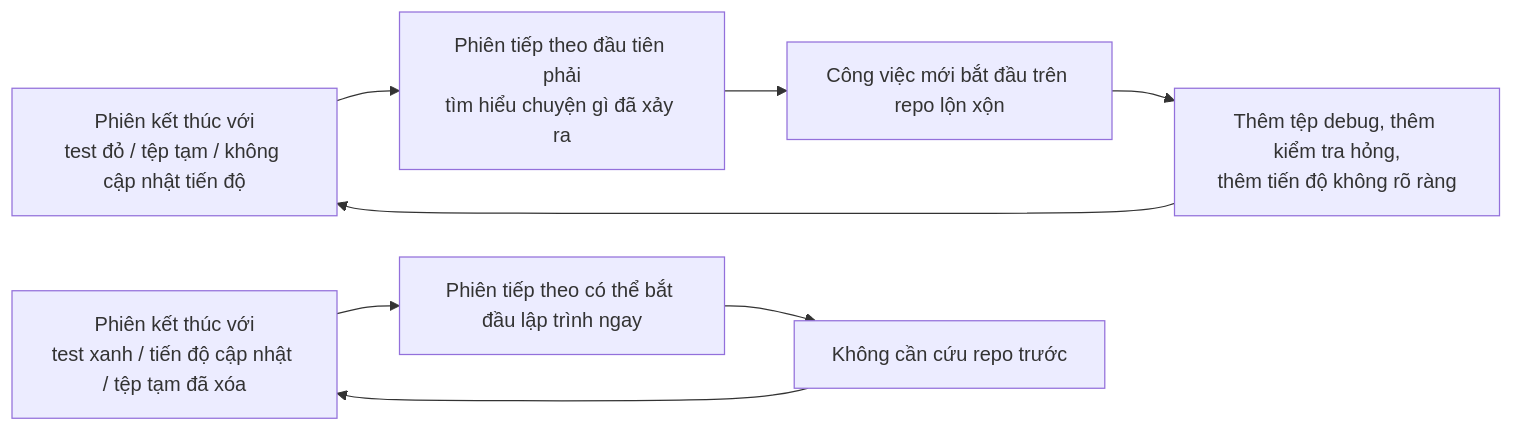
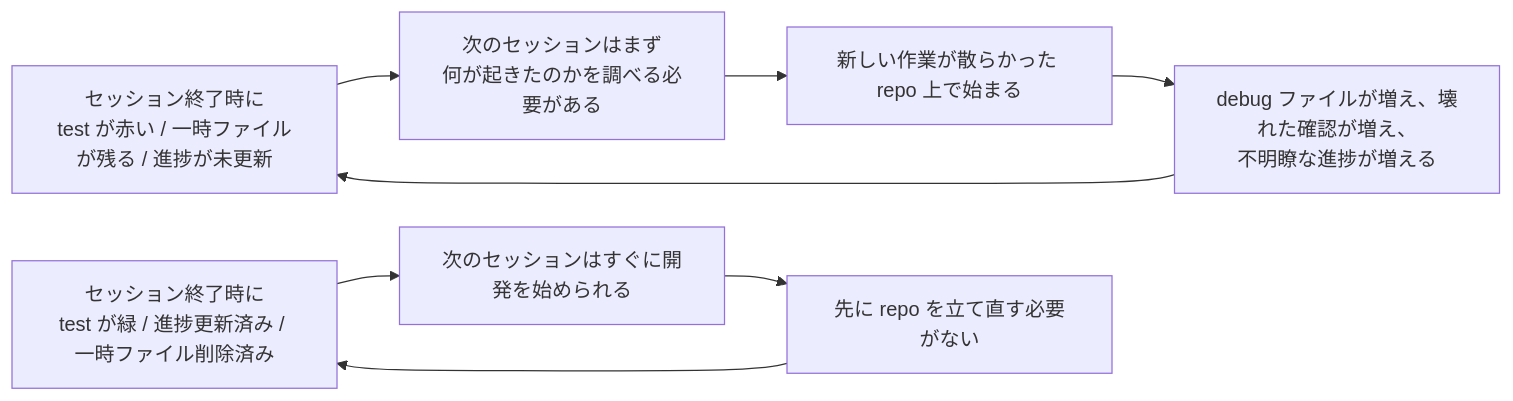
Before and after one commit to mkusaka/learn-harness-engineering: the second of 2 diagrams in docs/vi/lectures/lecture-12-why-every-session-must-leave-a-clean-state/index.md, drawn with Mermaid. The commit also changed other lines of this file and 571 other files, not shown here.

````diff
--- a/docs/vi/lectures/lecture-12-why-every-session-must-leave-a-clean-state/index.md
+++ b/docs/vi/lectures/lecture-12-why-every-session-must-leave-a-clean-state/index.md
@@ -39,11 +39,11 @@
 ```mermaid
 flowchart LR
-    Dirty["Phiên kết thúc với<br/>test đỏ / tệp tạm / không cập nhật tiến độ"] --> Diagnose["Phiên tiếp theo đầu tiên phải<br/>tìm hiểu chuyện gì đã xảy ra"]
-    Diagnose --> Fragile["Công việc mới bắt đầu trên repo lộn xộn"]
-    Fragile --> More["Thêm tệp debug, thêm kiểm tra hỏng,<br/>thêm tiến độ không rõ ràng"]
+    Dirty["セッション終了時に<br/>test が赤い / 一時ファイルが残る / 進捗が未更新"] --> Diagnose["次のセッションはまず<br/>何が起きたのかを調べる必要がある"]
+    Diagnose --> Fragile["新しい作業が散らかった repo 上で始まる"]
+    Fragile --> More["debug ファイルが増え、壊れた確認が増え、<br/>不明瞭な進捗が増える"]
     More --> Dirty
 
-    Clean["Phiên kết thúc với<br/>test xanh / tiến độ cập nhật / tệp tạm đã xóa"] --> Fast["Phiên tiếp theo có thể bắt đầu lập trình ngay"]
-    Fast --> Stable["Không cần cứu repo trước"]
+    Clean["セッション終了時に<br/>test が緑 / 進捗更新済み / 一時ファイル削除済み"] --> Fast["次のセッションはすぐに開発を始められる"]
+    Fast --> Stable["先に repo を立て直す必要がない"]
     Stable --> Clean
 ```
````
